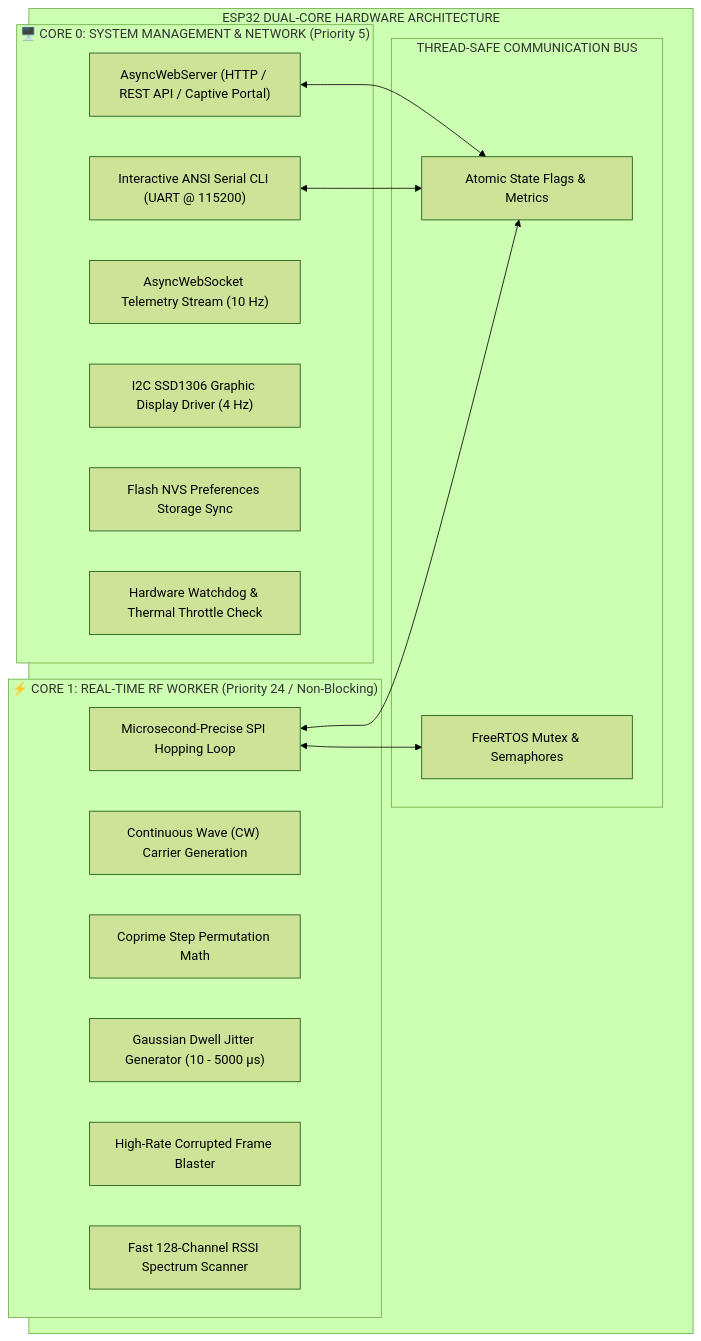
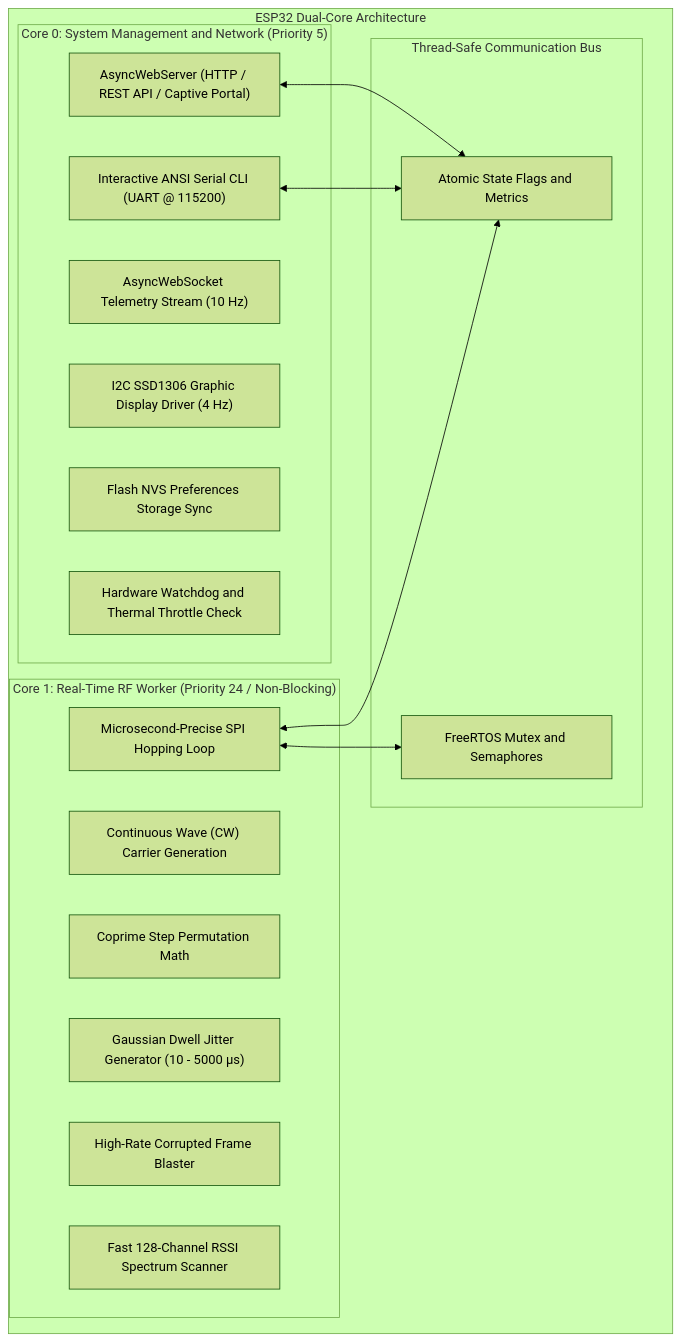
Before and after one commit to AtaCanYmc/esp32-rf-sword: the first of 3 diagrams in docs/ARCHITECTURE.md, drawn with Mermaid (forest theme). The commit also changed other lines of this file and 12 other files, not shown here.

````diff
--- a/docs/ARCHITECTURE.md
+++ b/docs/ARCHITECTURE.md
@@ -11,32 +15,32 @@
 ```mermaid
 flowchart TB
-    subgraph ESP32_CHIP ["ESP32 DUAL-CORE HARDWARE ARCHITECTURE"]
-        subgraph CORE_1 ["⚡ CORE 1: REAL-TIME RF WORKER (Priority 24 / Non-Blocking)"]
+    subgraph ESP32_CHIP ["ESP32 Dual-Core Architecture"]
+        subgraph CORE_1 ["Core 1: Real-Time RF Worker (Priority 24 / Non-Blocking)"]
             RF_LOOP["Microsecond-Precise SPI Hopping Loop"]
             CW_GEN["Continuous Wave (CW) Carrier Generation"]
             COPRIME["Coprime Step Permutation Math"]
             JITTER["Gaussian Dwell Jitter Generator (10 - 5000 µs)"]
             NOISE_BLAST["High-Rate Corrupted Frame Blaster"]
             SPEC_SCAN["Fast 128-Channel RSSI Spectrum Scanner"]
         end
 
-        subgraph CORE_0 ["🖥️ CORE 0: SYSTEM MANAGEMENT & NETWORK (Priority 5)"]
+        subgraph CORE_0 ["Core 0: System Management and Network (Priority 5)"]
             WEB_SRV["AsyncWebServer (HTTP / REST API / Captive Portal)"]
             WS_SRV["AsyncWebSocket Telemetry Stream (10 Hz)"]
             SERIAL_CLI["Interactive ANSI Serial CLI (UART @ 115200)"]
             OLED_DRV["I2C SSD1306 Graphic Display Driver (4 Hz)"]
             NVS_SYNC["Flash NVS Preferences Storage Sync"]
-            SAFETY["Hardware Watchdog & Thermal Throttle Check"]
+            SAFETY["Hardware Watchdog and Thermal Throttle Check"]
         end
 
-        subgraph SHARED_BUS ["THREAD-SAFE COMMUNICATION BUS"]
-            MUTEX["FreeRTOS Mutex & Semaphores"]
-            ATOMIC["Atomic State Flags & Metrics"]
+        subgraph SHARED_BUS ["Thread-Safe Communication Bus"]
+            MUTEX["FreeRTOS Mutex and Semaphores"]
+            ATOMIC["Atomic State Flags and Metrics"]
         end
     end
 
     WEB_SRV <--> ATOMIC
     SERIAL_CLI <--> ATOMIC
     RF_LOOP <--> ATOMIC
     RF_LOOP <--> MUTEX
 ```
````
